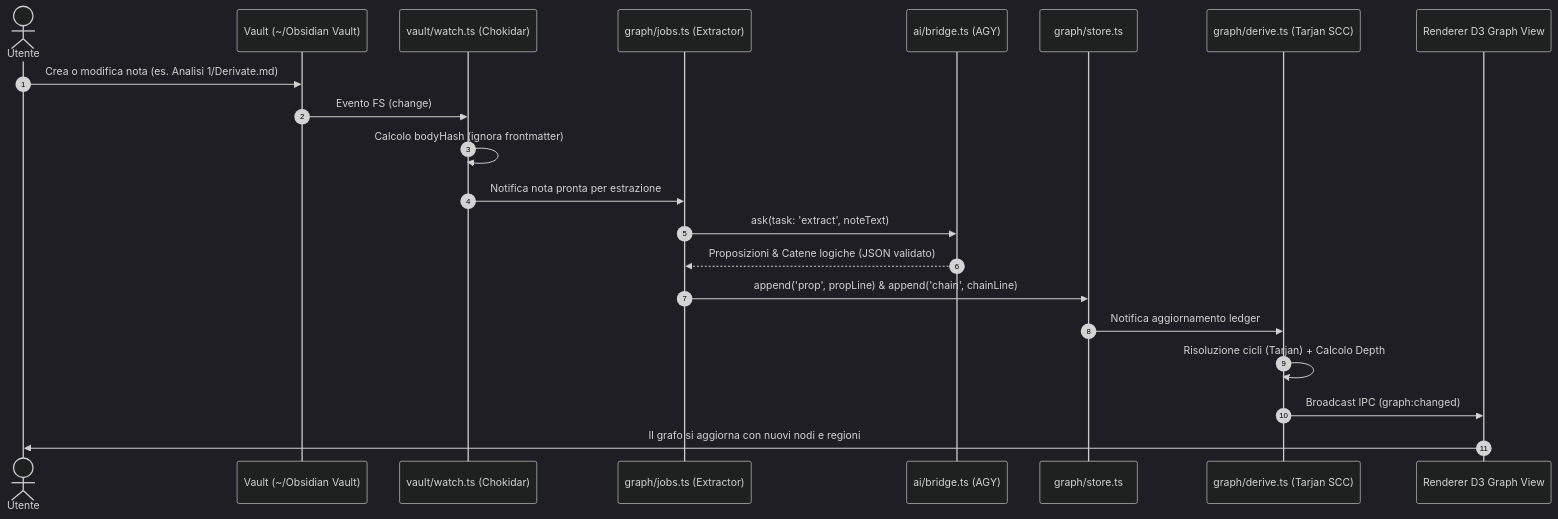
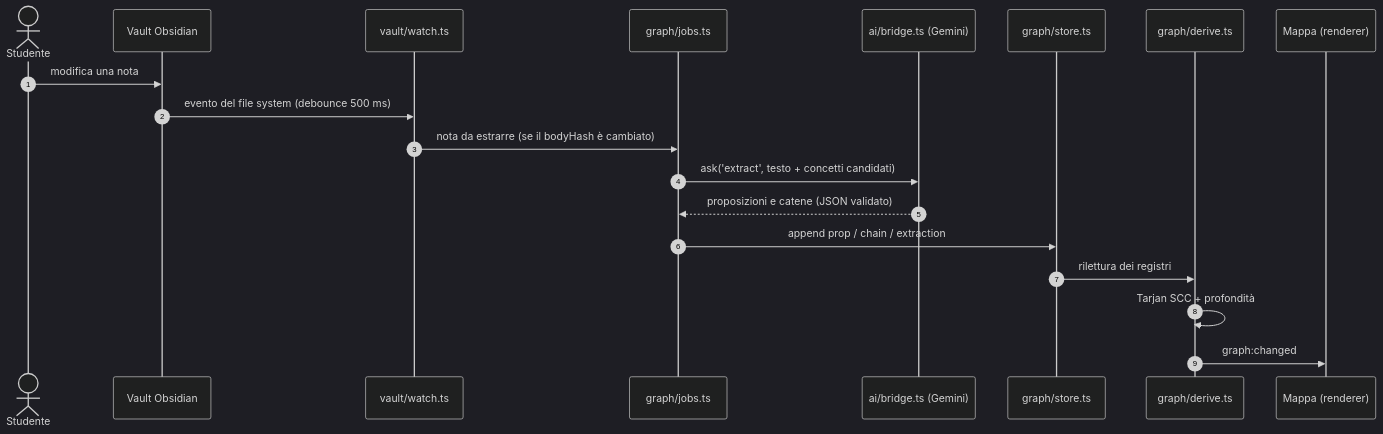
Before and after one commit to andrevvuuuu/sinapsi: the second of 6 diagrams in docs/ARCHITECTURE.md, drawn with Mermaid (dark theme). The commit also changed other lines of this file, not shown here.

Commit message:
docs: ARCHITECTURE aggiornato sull'app di oggi

````diff
--- a/docs/ARCHITECTURE.md
+++ b/docs/ARCHITECTURE.md
@@ -405,24 +406,22 @@
 ```mermaid
 sequenceDiagram
     autonumber
-    actor Utente
-    participant Obsidian as Vault (~/Obsidian Vault)
-    participant Watcher as vault/watch.ts (Chokidar)
-    participant Jobs as graph/jobs.ts (Extractor)
-    participant Bridge as ai/bridge.ts (AGY)
+    actor Studente
+    participant Vault as Vault Obsidian
+    participant Watch as vault/watch.ts
+    participant Jobs as graph/jobs.ts
+    participant AI as ai/bridge.ts (Gemini)
     participant Store as graph/store.ts
-    participant Derive as graph/derive.ts (Tarjan SCC)
-    participant D3 as Renderer D3 Graph View
+    participant Derive as graph/derive.ts
+    participant UI as Mappa (renderer)
 
-    Utente->>Obsidian: Crea o modifica nota (es. Analisi 1/Derivate.md)
-    Obsidian->>Watcher: Evento FS (change)
-    Watcher->>Watcher: Calcolo bodyHash (ignora frontmatter)
-    Watcher->>Jobs: Notifica nota pronta per estrazione
-    Jobs->>Bridge: ask(task: 'extract', noteText)
-    Bridge-->>Jobs: Proposizioni & Catene logiche (JSON validato)
-    Jobs->>Store: append('prop', propLine) & append('chain', chainLine)
-    Store->>Derive: Notifica aggiornamento ledger
-    Derive->>Derive: Risoluzione cicli (Tarjan) + Calcolo Depth
-    Derive->>D3: Broadcast IPC (graph:changed)
-    D3->>Utente: Il grafo si aggiorna con nuovi nodi e regioni
+    Studente->>Vault: modifica una nota
+    Vault->>Watch: evento del file system (debounce 500 ms)
+    Watch->>Jobs: nota da estrarre (se il bodyHash è cambiato)
+    Jobs->>AI: ask('extract', testo + concetti candidati)
+    AI-->>Jobs: proposizioni e catene (JSON validato)
+    Jobs->>Store: append prop / chain / extraction
+    Store->>Derive: rilettura dei registri
+    Derive->>Derive: Tarjan SCC + profondità
+    Derive->>UI: graph:changed
 ```
````
